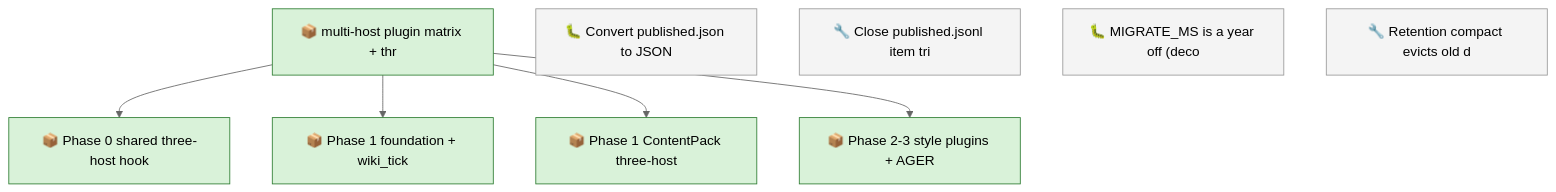
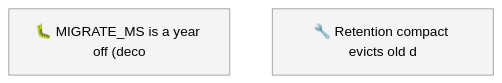
The first of 2 diagrams in docs/roadmap.md (SpillwaveSolutions/wiki_ticket_sdd), drawn with Mermaid (neutral theme) before and after one commit. The commit also changed other lines of this file and 13 other files, not shown here.

First line of the commit message:
ops: close published.jsonl leftover; cancel five stale in_progress (01M19XRRTTWDBN0SRGDZ1VN35G)

````diff
--- a/docs/roadmap.md
+++ b/docs/roadmap.md
@@ -68,20 +52,7 @@
 ```mermaid
 graph TD
-    01M0KCDKJRAZYMWDD9PFGHC6XY["📦 multi-host plugin matrix + thr"]
-    01M0KCDV5GP8BMZT142MMAPAG7["📦 Phase 0 shared three-host hook"]
-    01M0KCDV7AQEQ61TA2MYN3M5C3["📦 Phase 1 foundation + wiki_tick"]
-    01M0KCDV94P4YPBXJXQZNNGQTM["📦 Phase 1 ContentPack three-host"]
-    01M0KCDVAYS67SPN8FHAYY4DWX["📦 Phase 2-3 style plugins + AGER"]
-    01M18QBM233GRTVR7JRXSVNK66["🐛 Convert published.json to JSON"]
-    01M19XRRTTWDBN0SRGDZ1VN35G["🔧 Close published.jsonl item tri"]
     01M19XRRWXHM72JBY29FQRRMEJ["🐛 MIGRATE_MS is a year off (deco"]
     01M19XRRZ2894K7XE59RX1EAY1["🔧 Retention compact evicts old d"]
-    01M0KCDKJRAZYMWDD9PFGHC6XY --> 01M0KCDV5GP8BMZT142MMAPAG7
-    01M0KCDKJRAZYMWDD9PFGHC6XY --> 01M0KCDV7AQEQ61TA2MYN3M5C3
-    01M0KCDKJRAZYMWDD9PFGHC6XY --> 01M0KCDV94P4YPBXJXQZNNGQTM
-    01M0KCDKJRAZYMWDD9PFGHC6XY --> 01M0KCDVAYS67SPN8FHAYY4DWX
     classDef todo fill:#f4f4f4,stroke:#999999
-    class 01M18QBM233GRTVR7JRXSVNK66,01M19XRRTTWDBN0SRGDZ1VN35G,01M19XRRWXHM72JBY29FQRRMEJ,01M19XRRZ2894K7XE59RX1EAY1 todo
-    classDef in_progress fill:#d9f2d9,stroke:#2e7d32
-    class 01M0KCDKJRAZYMWDD9PFGHC6XY,01M0KCDV5GP8BMZT142MMAPAG7,01M0KCDV7AQEQ61TA2MYN3M5C3,01M0KCDV94P4YPBXJXQZNNGQTM,01M0KCDVAYS67SPN8FHAYY4DWX in_progress
+    class 01M19XRRWXHM72JBY29FQRRMEJ,01M19XRRZ2894K7XE59RX1EAY1 todo
 ```
````
